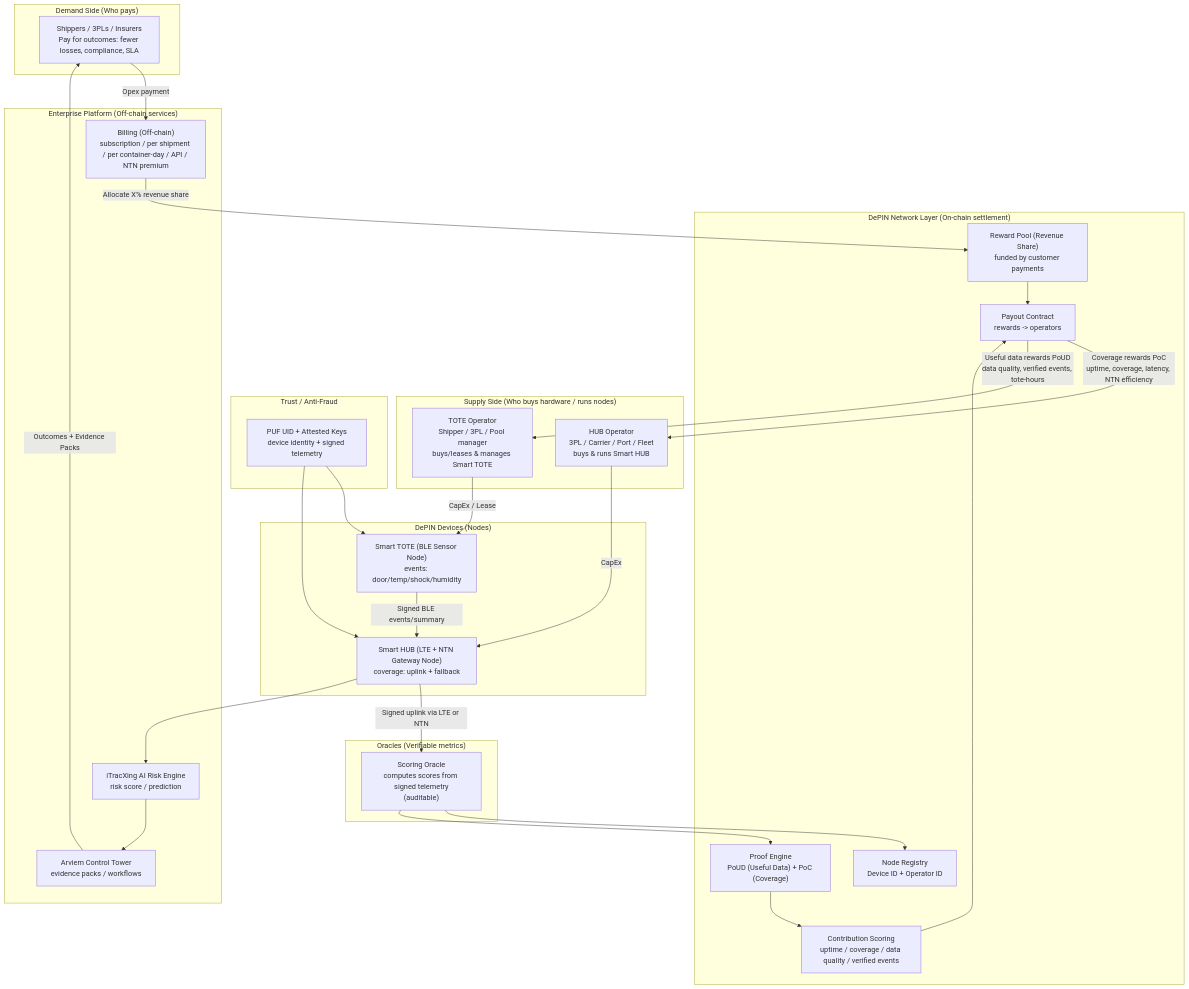
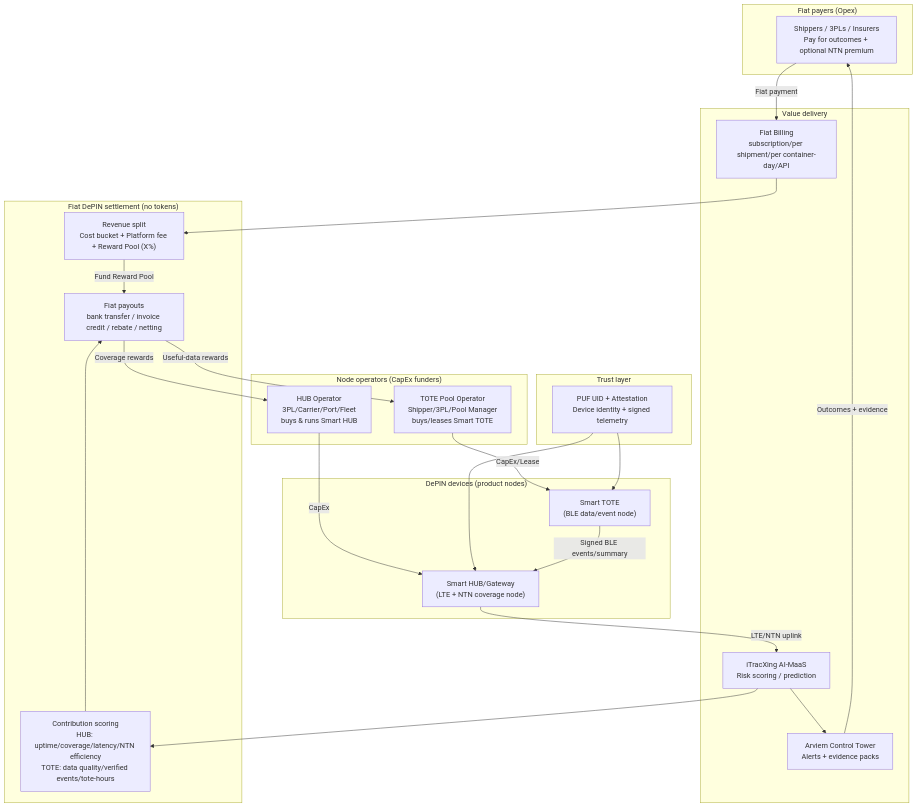
One commit to jshuo/ai-moea-proposal changed the diagram in proposal/attachments/depin-business.md. Above: the diagram before and after it, drawn with Mermaid.

Commit message:
Refactor DePIN business model flowchart for improved clarity and structure, updating sections on demand, supply, and incentive mechanisms.

````diff
--- a/proposal/attachments/depin-business.md
+++ b/proposal/attachments/depin-business.md
@@ -1,76 +1,50 @@
 ```mermaid 
-
 flowchart TD
-  %% =========================
-  %% DePIN Model: Smart TOTE + Smart HUB
-  %% =========================
-
-  subgraph Payers["Demand Side (Who pays)"]
-    CUST["Shippers / 3PLs / Insurers<br/>Pay for outcomes: fewer losses, compliance, SLA"]
+  subgraph Payers["Fiat payers (Opex)"]
+    CUST["Shippers / 3PLs / Insurers<br/>Pay for outcomes + optional NTN premium"]
   end
 
-  subgraph DePIN["DePIN Network Layer (On-chain settlement)"]
-    REG["Node Registry<br/>Device ID + Operator ID"]
-    PROOF["Proof Engine<br/>PoUD (Useful Data) + PoC (Coverage)"]
-    SCORE["Contribution Scoring<br/>uptime / coverage / data quality / verified events"]
-    POOL["Reward Pool (Revenue Share)<br/>funded by customer payments"]
-    PAY["Payout Contract<br/>rewards -> operators"]
+  subgraph Operators["Node operators (CapEx funders)"]
+    OP_HUB["HUB Operator<br/>3PL/Carrier/Port/Fleet<br/>buys & runs Smart HUB"]
+    OP_TOTE["TOTE Pool Operator<br/>Shipper/3PL/Pool Manager<br/>buys/leases Smart TOTE"]
   end
 
-  subgraph Oracles["Oracles (Verifiable metrics)"]
-    ORA["Scoring Oracle<br/>computes scores from signed telemetry<br/>(auditable)"]
+  subgraph Devices["DePIN devices (product nodes)"]
+    TOTE["Smart TOTE<br/>(BLE data/event node)"]
+    HUB["Smart HUB/Gateway<br/>(LTE + NTN coverage node)"]
   end
 
-  subgraph Nodes["Supply Side (Who buys hardware / runs nodes)"]
-    OP_HUB["HUB Operator<br/>3PL / Carrier / Port / Fleet<br/>buys & runs Smart HUB"]
-    OP_TOTE["TOTE Operator<br/>Shipper / 3PL / Pool manager<br/>buys/leases & manages Smart TOTE"]
+  subgraph Trust["Trust layer"]
+    PUF["PUF UID + Attestation<br/>Device identity + signed telemetry"]
   end
 
-  subgraph Hardware["DePIN Devices (Nodes)"]
-    TOTE["Smart TOTE (BLE Sensor Node)<br/>events: door/temp/shock/humidity"]
-    HUB["Smart HUB (LTE + NTN Gateway Node)<br/>coverage: uplink + fallback"]
+  subgraph Platform["Value delivery"]
+    AI["iTracXing AI-MaaS<br/>Risk scoring / prediction"]
+    EVID["Arviem Control Tower<br/>Alerts + evidence packs"]
+    BILL["Fiat Billing<br/>subscription/per shipment/per container-day/API"]
   end
 
-  subgraph Trust["Trust / Anti-Fraud"]
-    PUF["PUF UID + Attested Keys<br/>device identity + signed telemetry"]
+  subgraph Settlement["Fiat DePIN settlement (no tokens)"]
+    SCORE["Contribution scoring<br/>HUB: uptime/coverage/latency/NTN efficiency<br/>TOTE: data quality/verified events/tote-hours"]
+    SPLIT["Revenue split<br/>Cost bucket + Platform fee + Reward Pool (X%)"]
+    PAY["Fiat payouts<br/>bank transfer / invoice credit / rebate / netting"]
   end
 
-  subgraph Platform["Enterprise Platform (Off-chain services)"]
-    AI["iTracXing AI Risk Engine<br/>risk score / prediction"]
-    EVID["Arviem Control Tower<br/>evidence packs / workflows"]
-    BILL["Billing (Off-chain)<br/>subscription / per shipment / per container-day / API / NTN premium"]
-  end
-
-  %% --- Who buys hardware (CapEx) ---
-  OP_TOTE -->|CapEx / Lease| TOTE
+  OP_TOTE -->|CapEx/Lease| TOTE
   OP_HUB  -->|CapEx| HUB
 
-  %% --- Device identity & signed data ---
   PUF --> TOTE
   PUF --> HUB
   TOTE -->|Signed BLE events/summary| HUB
-  HUB -->|Signed uplink via LTE or NTN| ORA
+  HUB -->|LTE/NTN uplink| AI
+  AI --> EVID -->|Outcomes + evidence| CUST
 
-  %% --- Proof & scoring ---
-  ORA --> REG
-  ORA --> PROOF
-  PROOF --> SCORE
-
-  %% --- Customer revenue funds rewards (DePIN economics) ---
-  CUST -->|Opex payment| BILL
-  BILL -->|Allocate X% revenue share| POOL
-
-  %% --- Rewards paid to node operators ---
+  CUST -->|Fiat payment| BILL --> SPLIT
+  AI --> SCORE
   SCORE --> PAY
-  POOL --> PAY
-  PAY -->|Coverage rewards PoC<br/>uptime, coverage, latency, NTN efficiency| OP_HUB
-  PAY -->|Useful data rewards PoUD<br/>data quality, verified events, tote-hours| OP_TOTE
-
-  %% --- Outcomes delivered back to customers ---
-  HUB --> AI
-  AI --> EVID
-  EVID -->|Outcomes + Evidence Packs| CUST
-
+  SPLIT -->|Fund Reward Pool| PAY
+  PAY -->|Coverage rewards| OP_HUB
+  PAY -->|Useful-data rewards| OP_TOTE
 
 
 ```
````
